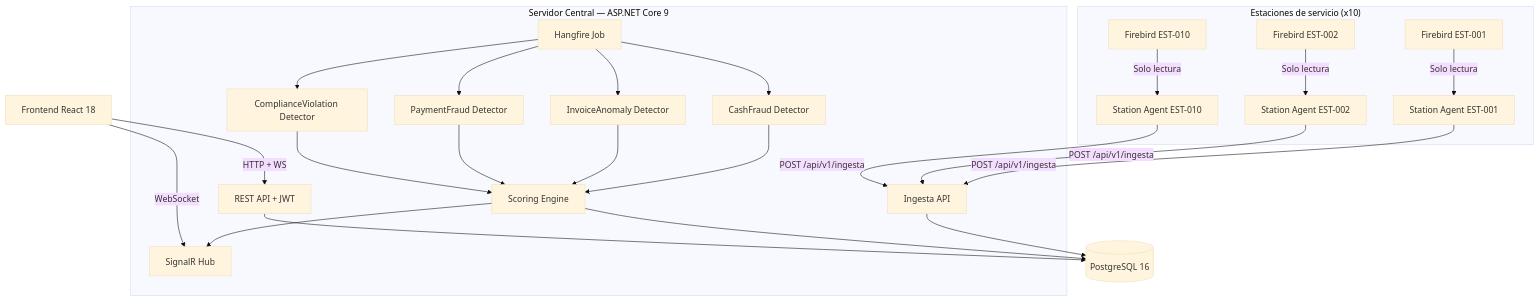
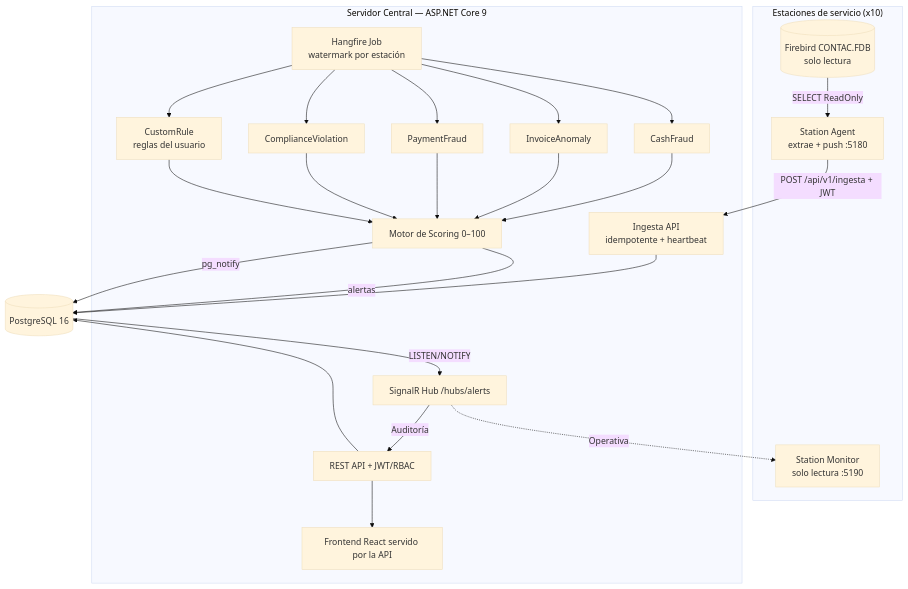
One commit to StevenCarrilloLoor/petrolrios-anomaly-detection-final changed the diagram in README.md. Above: the diagram before and after it, drawn with Mermaid (base theme). The commit also changed other lines of this file and 25 other files, not shown here.

````diff
--- a/README.md
+++ b/README.md
@@ -11,39 +25,37 @@
 ```mermaid
 graph TB
-    subgraph "Estaciones de servicio (x10)"
-        AG1[Station Agent EST-001]
-        AG2[Station Agent EST-002]
-        AGN[Station Agent EST-010]
-        FB1[Firebird EST-001]
-        FB2[Firebird EST-002]
-        FBN[Firebird EST-010]
+    subgraph EST["Estaciones de servicio (x10)"]
+        FB[(Firebird CONTAC.FDB<br/>solo lectura)]
+        AG[Station Agent<br/>extrae + push :5180]
+        MON[Station Monitor<br/>solo lectura :5190]
+        FB -->|SELECT ReadOnly| AG
     end
 
-    subgraph "Servidor Central — ASP.NET Core 9"
-        ING[Ingesta API]
-        HF[Hangfire Job]
-        D1[CashFraud Detector]
-        D2[InvoiceAnomaly Detector]
-        D3[PaymentFraud Detector]
-        D4[ComplianceViolation Detector]
-        SE[Scoring Engine]
-        API[REST API + JWT]
-        SR[SignalR Hub]
+    subgraph CENTRAL["Servidor Central — ASP.NET Core 9"]
+        ING[Ingesta API<br/>idempotente + heartbeat]
+        HF[Hangfire Job<br/>watermark por estación]
+        D1[CashFraud]
+        D2[InvoiceAnomaly]
+        D3[PaymentFraud]
+        D4[ComplianceViolation]
+        D5[CustomRule<br/>reglas del usuario]
+        SE[Motor de Scoring 0–100]
+        SR[SignalR Hub /hubs/alerts]
+        API[REST API + JWT/RBAC]
+        SPA[Frontend React servido por la API]
     end
 
     PG[(PostgreSQL 16)]
-    FE[Frontend React 18]
 
-    FB1 -->|Solo lectura| AG1
-    FB2 -->|Solo lectura| AG2
-    FBN -->|Solo lectura| AGN
-    AG1 & AG2 & AGN -->|POST /api/v1/ingesta| ING
+    AG -->|POST /api/v1/ingesta + JWT| ING
     ING --> PG
-    HF --> D1 & D2 & D3 & D4
-    D1 & D2 & D3 & D4 --> SE
-    SE --> PG
-    SE --> SR
+    HF --> D1 & D2 & D3 & D4 & D5
+    D1 & D2 & D3 & D4 & D5 --> SE
+    SE -->|alertas| PG
+    SE -->|pg_notify| PG
+    PG -->|LISTEN/NOTIFY| SR
+    SR -->|Auditoría| API
+    SR -.->|Operativa| MON
+    API --> SPA
     API --> PG
-    FE -->|HTTP + WS| API
-    FE -->|WebSocket| SR
 ```
````
